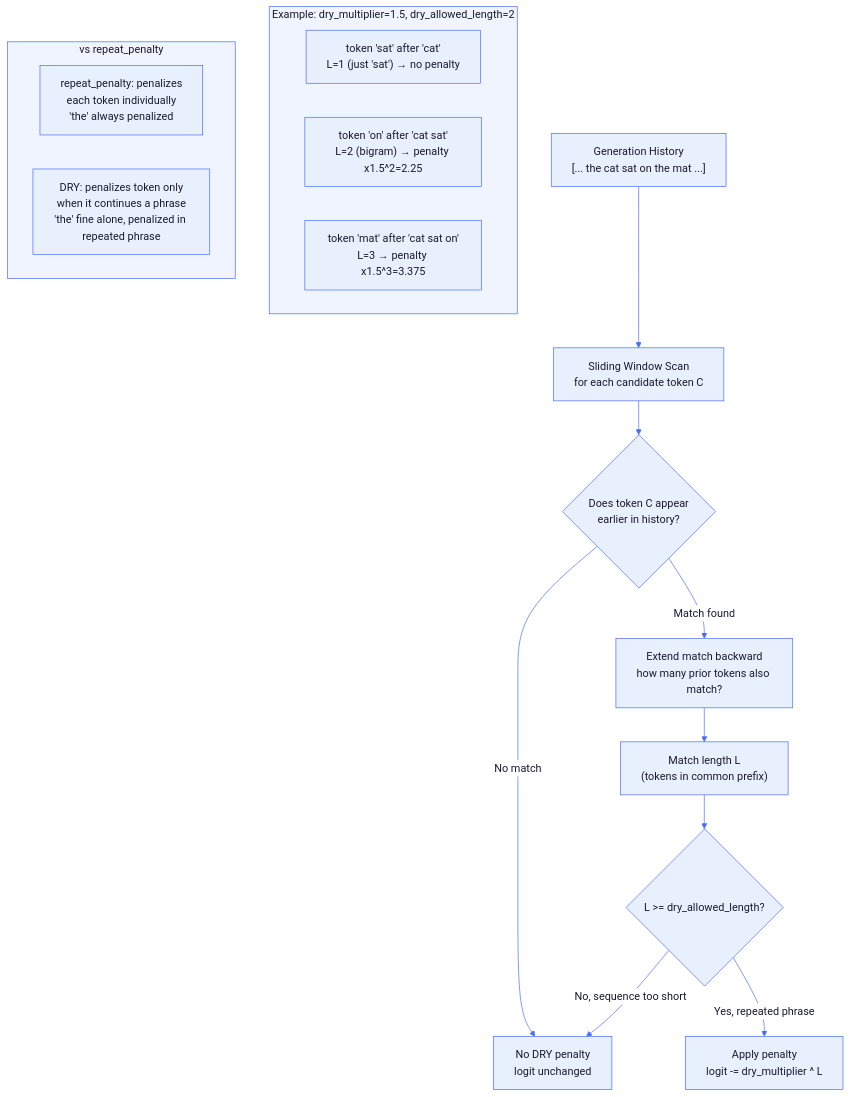
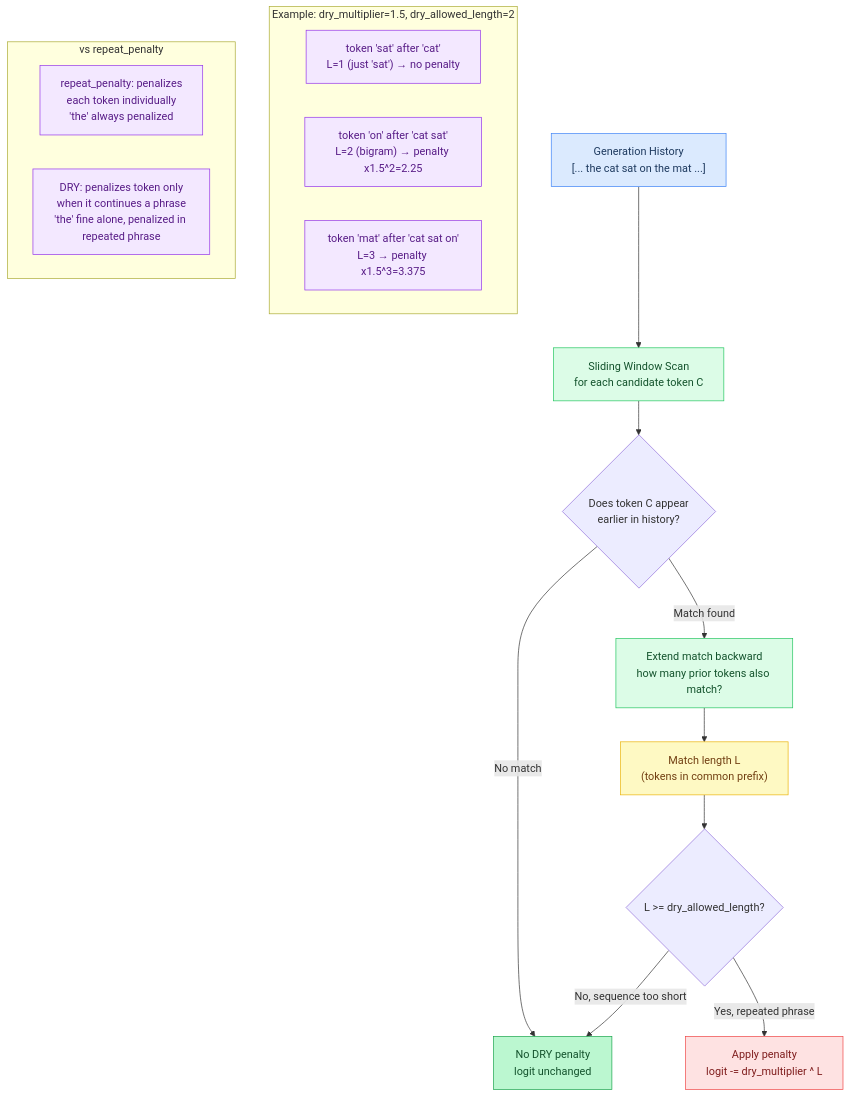
The second of 6 diagrams in docs/tutorial/07-sampling.md (maci0/agave), drawn with Mermaid before and after one commit. The commit also changed other lines of this file and 24 other files, not shown here.

First line of the commit message:
docs: convert all mermaid diagrams to classDef semantic colors

````diff
--- a/docs/tutorial/07-sampling.md
+++ b/docs/tutorial/07-sampling.md
@@ -179,39 +182,41 @@
 ```mermaid
-%%{init: {'theme': 'base', 'themeVariables': {
-  'primaryColor': '#e8f0fe',
-  'primaryTextColor': '#1a1a2e',
-  'primaryBorderColor': '#4a6cf7',
-  'lineColor': '#4a6cf7',
-  'secondaryColor': '#f0f4ff',
-  'tertiaryColor': '#f8f9ff',
-  'edgeLabelBackground': '#ffffff',
-  'clusterBkg': '#f0f4ff',
-  'clusterBorder': '#4a6cf7',
-  'titleColor': '#1a1a2e',
-  'nodeTextColor': '#1a1a2e',
-  'fontFamily': 'ui-monospace, SFMono-Regular, monospace'
-}}}%%
 flowchart TD
-    History["Generation History\n[... the cat sat on the mat ...]"] --> Window["Sliding Window Scan\nfor each candidate token C"]
+    classDef setup     fill:#dbeafe,stroke:#3b82f6,color:#1e3a5f
+    classDef sync      fill:#dcfce7,stroke:#22c55e,color:#14532d
+    classDef migration fill:#fef9c3,stroke:#eab308,color:#713f12
+    classDef success   fill:#bbf7d0,stroke:#16a34a,color:#14532d
+    classDef danger    fill:#fee2e2,stroke:#ef4444,color:#7f1d1d
+    classDef optional  fill:#f3e8ff,stroke:#9333ea,color:#581c87
+
+    History["Generation History\n[... the cat sat on the mat ...]"]:::setup
+    Window["Sliding Window Scan\nfor each candidate token C"]:::sync
+    NoPenalty["No DRY penalty\nlogit unchanged"]:::success
+    Extend["Extend match backward\nhow many prior tokens also match?"]:::sync
+    Length["Match length L\n(tokens in common prefix)"]:::migration
+    Penalty["Apply penalty\nlogit -= dry_multiplier ^ L"]:::danger
+    Ex1["token 'sat' after 'cat'\nL=1 (just 'sat') → no penalty"]:::optional
+    Ex2["token 'on' after 'cat sat'\nL=2 (bigram) → penalty x1.5^2=2.25"]:::optional
+    Ex3["token 'mat' after 'cat sat on'\nL=3 → penalty x1.5^3=3.375"]:::optional
+    RP["repeat_penalty: penalizes\neach token individually\n'the' always penalized"]:::optional
+    DRY2["DRY: penalizes token only\nwhen it continues a phrase\n'the' fine alone, penalized in repeated phrase"]:::optional
+
+    History --> Window
     Window --> Match{"Does token C appear\nearlier in history?"}
-
-    Match -->|No match| NoPenalty["No DRY penalty\nlogit unchanged"]
-    Match -->|Match found| Extend["Extend match backward\nhow many prior tokens also match?"]
-
-    Extend --> Length["Match length L\n(tokens in common prefix)"]
+    Match -->|No match| NoPenalty
+    Match -->|Match found| Extend
+    Extend --> Length
     Length --> Allowed{"L >= dry_allowed_length?"}
-
     Allowed -->|No, sequence too short| NoPenalty
-    Allowed -->|Yes, repeated phrase| Penalty["Apply penalty\nlogit -= dry_multiplier ^ L"]
+    Allowed -->|Yes, repeated phrase| Penalty
 
     subgraph Example["Example: dry_multiplier=1.5, dry_allowed_length=2"]
-        Ex1["token 'sat' after 'cat'\nL=1 (just 'sat') → no penalty"]
-        Ex2["token 'on' after 'cat sat'\nL=2 (bigram) → penalty x1.5^2=2.25"]
-        Ex3["token 'mat' after 'cat sat on'\nL=3 → penalty x1.5^3=3.375"]
+        Ex1
+        Ex2
+        Ex3
     end
 
     subgraph Contrast["vs repeat_penalty"]
-        RP["repeat_penalty: penalizes\neach token individually\n'the' always penalized"]
-        DRY2["DRY: penalizes token only\nwhen it continues a phrase\n'the' fine alone, penalized in repeated phrase"]
+        RP
+        DRY2
     end
 ```
````
